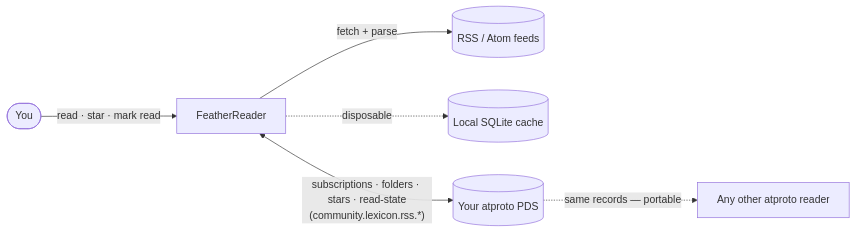
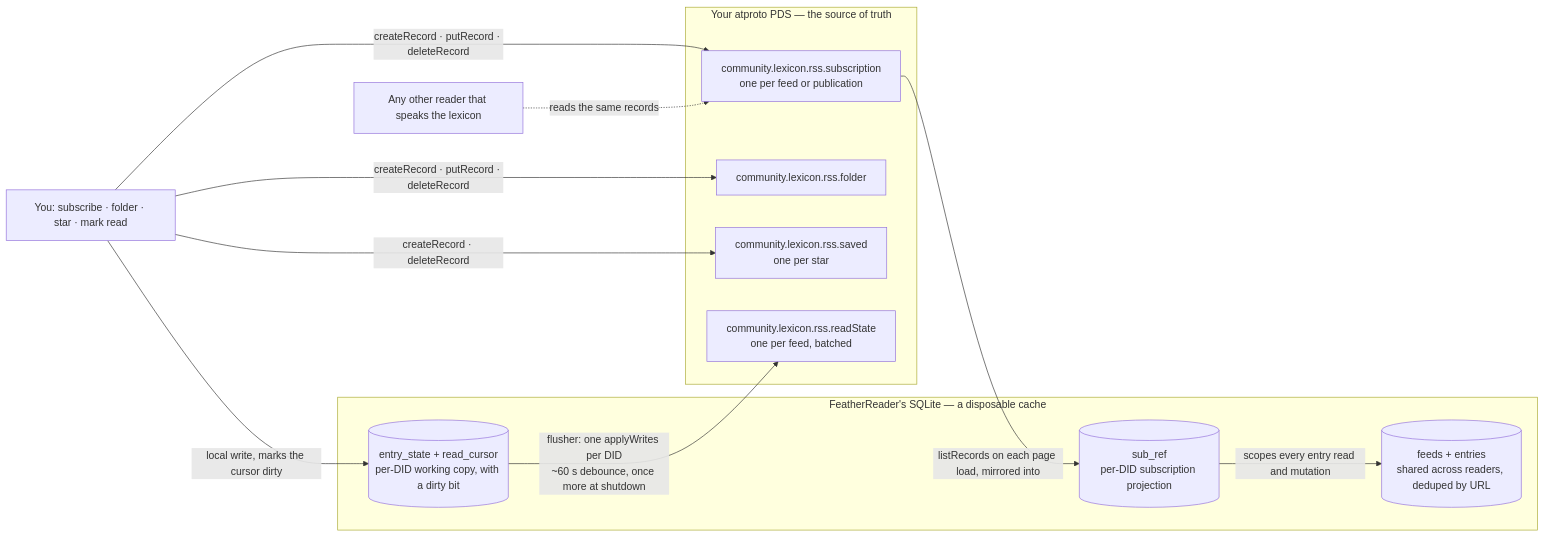
One commit to justin-stanley/feather-reader changed the diagram in design/architecture/ownership.mmd. Above: the diagram before and after it, drawn with Mermaid. The commit also changed 13 other files, not shown here.

Commit message:
docs(readme): diagrams as light/dark images again, not inline Mermaid (#245)

```diff
--- a/design/architecture/ownership.mmd
+++ b/design/architecture/ownership.mmd
@@ -1,6 +1,20 @@
 flowchart LR
-    You(["You"]) -->|"read · star · mark read"| FR["FeatherReader"]
-    FR -->|"fetch + parse"| Feeds[("RSS / Atom feeds")]
-    FR -.->|"disposable"| Cache[("Local SQLite cache")]
-    FR <-->|"subscriptions · folders · stars · read-state<br/>(community.lexicon.rss.*)"| PDS[("Your atproto PDS")]
-    PDS -.->|"same records — portable"| Other["Any other atproto reader"]
+    subgraph PDS["Your atproto PDS — the source of truth"]
+        Sub["community.lexicon.rss.subscription<br/>one per feed or publication"]
+        Fol["community.lexicon.rss.folder"]
+        Sav["community.lexicon.rss.saved<br/>one per star"]
+        RS["community.lexicon.rss.readState<br/>one per feed, batched"]
+    end
+    subgraph Cache["FeatherReader's SQLite — a disposable cache"]
+        Feeds[("feeds + entries<br/>shared across readers, deduped by URL")]
+        Ref[("sub_ref<br/>per-DID subscription projection")]
+        State[("entry_state + read_cursor<br/>per-DID working copy, with a dirty bit")]
+    end
+    UI["You: subscribe · folder · star · mark read"] -->|"createRecord · putRecord · deleteRecord"| Sub
+    UI -->|"createRecord · putRecord · deleteRecord"| Fol
+    UI -->|"createRecord · deleteRecord"| Sav
+    UI -->|"local write, marks the cursor dirty"| State
+    Sub -->|"listRecords on each page load, mirrored into"| Ref
+    Ref -->|"scopes every entry read and mutation"| Feeds
+    State -->|"flusher: one applyWrites per DID<br/>~60 s debounce, once more at shutdown"| RS
+    Other["Any other reader that speaks the lexicon"] -.->|"reads the same records"| Sub
```
